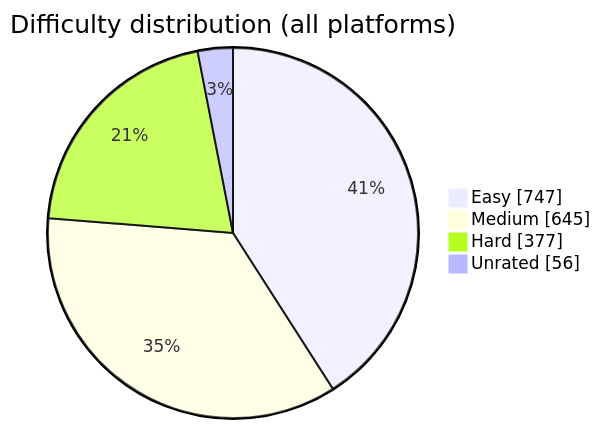
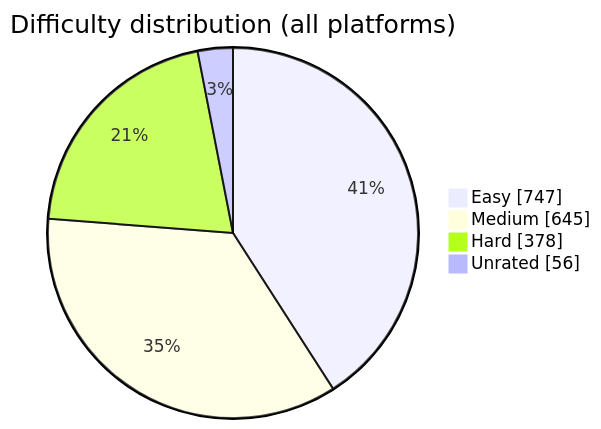
Before and after one commit to BuildbyArindam/Daily-Coding-Log: the diagram in README.md, drawn with Mermaid. The commit also changed other lines of this file, not shown here.

````diff
--- a/README.md
+++ b/README.md
@@ -108,7 +108,7 @@
 ```mermaid
 pie showData title Difficulty distribution (all platforms)
     "Easy" : 747
     "Medium" : 645
-    "Hard" : 377
+    "Hard" : 378
     "Unrated" : 56
 ```
````
